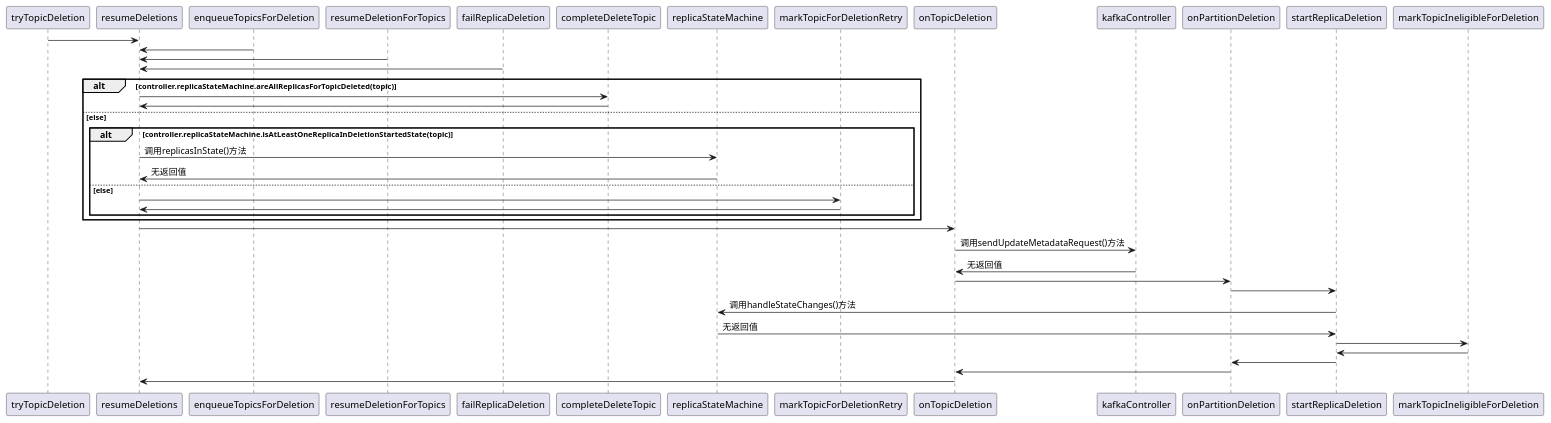
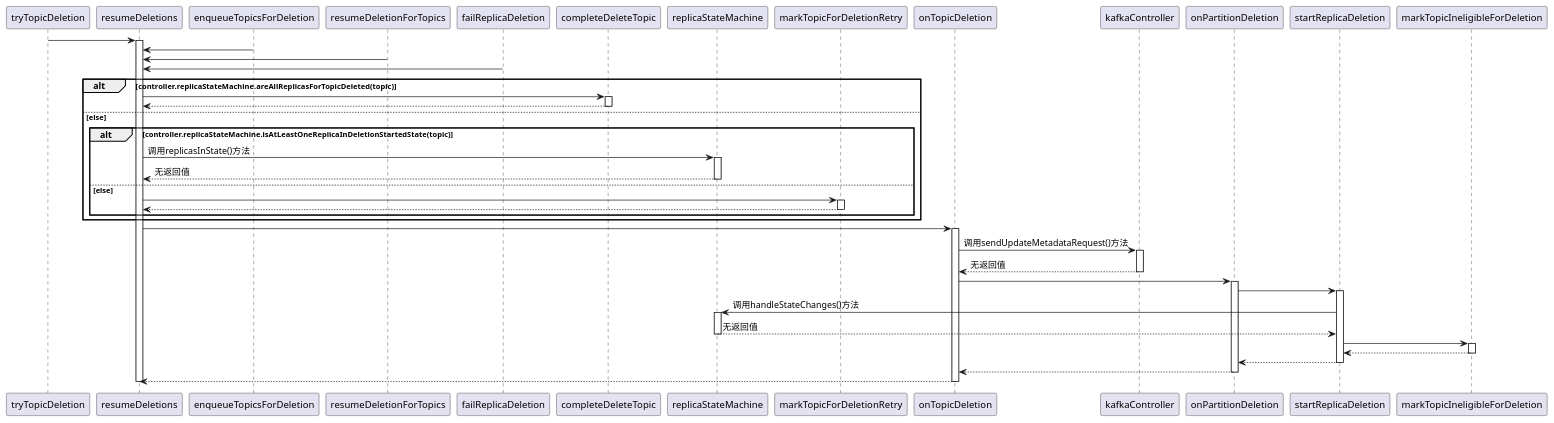
Before and after one commit to segzix/UCAS_OOPjava: the diagram in 面向对象第三次大作业/apache_kafka_puml/topicDeletionManager_time.puml, drawn with PlantUML. The commit also changed 117 other files, not shown here.

```diff
--- a/面向对象第三次大作业/apache_kafka_puml/topicDeletionManager_time.puml
+++ b/面向对象第三次大作业/apache_kafka_puml/topicDeletionManager_time.puml
@@ -1,125 +1,105 @@
 @startuml
-' actor Actor
-' autonumber
-' startup()-> initializePartitionState(): 调用updateAssignedReplicasForPartition()方法
-' initializePartitionState()-> startup():获取partitionReplicaAssignment变量
-
-' startup()-> triggerOnlinePartitionStateChange()
-' triggerOnlinePartitionStateChange()-> handleStateChanges() 
-
-' handleStateChanges()-> controllerChannelManager: 调用newBatch()方法
-' controllerChannelManager-> handleStateChanges():无返回值
-
-' handleStateChanges()-> doHandleStateChanges()
-
-' doHandleStateChanges()-> initializeLeaderAndIsrForPartitions()
-' initializeLeaderAndIsrForPartitions()-> controllerChannelManager: 调用addLeaderAndIsrRequestForBrokers()方法
-' controllerChannelManager-> initializeLeaderAndIsrForPartitions(): 无返回值
-' initializeLeaderAndIsrForPartitions()-> doHandleStateChanges()
-
-' doHandleStateChanges()-> electLeaderForPartitions()
-' electLeaderForPartitions()-> doElectLeaderForPartitions()
-
-' doElectLeaderForPartitions()-> leaderForOffline()
-' leaderForOffline()-> doElectLeaderForPartitions()
-' doElectLeaderForPartitions()-> leaderForReassign()
-' leaderForReassign()-> doElectLeaderForPartitions()
-' doElectLeaderForPartitions()-> leaderForPreferredReplica() 
-' leaderForPreferredReplica()-> doElectLeaderForPartitions()
-' doElectLeaderForPartitions()-> leaderForControlledShutdown()
-' leaderForControlledShutdown()-> doElectLeaderForPartitions() 
-
-' doElectLeaderForPartitions()-> electLeaderForPartitions() 
-' electLeaderForPartitions()-> doHandleStateChanges()
-
-' dohandleStateChanges()-> HandleStateChanges()
-
-' handleStateChanges()-> controllerChannelManager: 调用sendRequestsToBrokers()方法
-' controllerChannelManager-> handleStateChanges():无返回值
-
-' triggerOnlinePartitionStateChange()-> startup()
-' handleStateChanges()-> triggerOnlinePartitionStateChange() 
 tryTopicDeletion-> resumeDeletions
+activate resumeDeletions
 enqueueTopicsForDeletion-> resumeDeletions
 
 resumeDeletionForTopics-> resumeDeletions
 failReplicaDeletion-> resumeDeletions 
 
 alt controller.replicaStateMachine.areAllReplicasForTopicDeleted(topic)
 resumeDeletions-> completeDeleteTopic
-completeDeleteTopic-> resumeDeletions
+activate completeDeleteTopic
+completeDeleteTopic--> resumeDeletions
+deactivate completeDeleteTopic
 else else
 alt controller.replicaStateMachine.isAtLeastOneReplicaInDeletionStartedState(topic)
 resumeDeletions -> replicaStateMachine: 调用replicasInState()方法
-replicaStateMachine-> resumeDeletions: 无返回值
+activate replicaStateMachine
+replicaStateMachine--> resumeDeletions: 无返回值
+deactivate replicaStateMachine
 else else
 resumeDeletions-> markTopicForDeletionRetry
-markTopicForDeletionRetry-> resumeDeletions
+activate markTopicForDeletionRetry
+markTopicForDeletionRetry--> resumeDeletions
+deactivate markTopicForDeletionRetry
 end
 end
 
 resumeDeletions -> onTopicDeletion
+activate onTopicDeletion
 
 onTopicDeletion -> kafkaController: 调用sendUpdateMetadataRequest()方法
-kafkaController -> onTopicDeletion: 无返回值
+activate kafkaController
+kafkaController --> onTopicDeletion: 无返回值
+deactivate kafkaController
 
 onTopicDeletion -> onPartitionDeletion
+activate onPartitionDeletion
 onPartitionDeletion -> startReplicaDeletion
+activate startReplicaDeletion
 
 startReplicaDeletion -> replicaStateMachine: 调用handleStateChanges()方法
-replicaStateMachine -> startReplicaDeletion: 无返回值
+activate replicaStateMachine
+replicaStateMachine --> startReplicaDeletion: 无返回值
+deactivate replicaStateMachine
 startReplicaDeletion -> markTopicIneligibleForDeletion
-markTopicIneligibleForDeletion -> startReplicaDeletion
+activate markTopicIneligibleForDeletion
+markTopicIneligibleForDeletion --> startReplicaDeletion
+deactivate markTopicIneligibleForDeletion
 
-startReplicaDeletion -> onPartitionDeletion
-onPartitionDeletion -> onTopicDeletion
+startReplicaDeletion --> onPartitionDeletion
+deactivate startReplicaDeletion
+onPartitionDeletion --> onTopicDeletion
+deactivate onPartitionDeletion
 
-onTopicDeletion -> resumeDeletions
+onTopicDeletion --> resumeDeletions
+deactivate onTopicDeletion
+deactivate resumeDeletions
 
 
 ' handleStateChanges-> controllerChannelManager: 调用newBatch方法
 ' controllerChannelManager-> handleStateChanges:无返回值
 
 ' handleStateChanges-> doHandleStateChanges
 
 ' opt uninitializedPartitions.nonEmpty
 ' doHandleStateChanges-> initializeLeaderAndIsrForPartitions
 ' initializeLeaderAndIsrForPartitions-> controllerChannelManager: 调用addLeaderAndIsrRequestForBrokers方法
 ' controllerChannelManager-> initializeLeaderAndIsrForPartitions: 无返回值
 ' initializeLeaderAndIsrForPartitions-> doHandleStateChanges
 ' end
 
 ' opt partitionsToElectLeader.nonEmpty
 ' doHandleStateChanges-> electLeaderForPartitions
 ' electLeaderForPartitions-> doElectLeaderForPartitions
 
 ' opt partitionLeaderElectionStrategy match OfflinePartitionLeaderElectionStrategy
 ' doElectLeaderForPartitions-> leaderForOffline
 ' leaderForOffline-> doElectLeaderForPartitions
 ' end
 ' opt partitionLeaderElectionStrategy match ReassignPartitionLeaderElectionStrategy
 ' doElectLeaderForPartitions-> leaderForReassign
 ' leaderForReassign-> doElectLeaderForPartitions
 ' end
 ' opt partitionLeaderElectionStrategy match PreferredReplicaPartitionLeaderElectionStrategy
 ' doElectLeaderForPartitions-> leaderForPreferredReplica 
 ' leaderForPreferredReplica-> doElectLeaderForPartitions
 ' end
 ' opt partitionLeaderElectionStrategy match ControlledShutdownPartitionLeaderElectionStrategy
 ' doElectLeaderForPartitions-> leaderForControlledShutdown
 ' leaderForControlledShutdown-> doElectLeaderForPartitions 
 ' end
 
 ' doElectLeaderForPartitions-> electLeaderForPartitions 
 ' electLeaderForPartitions-> doHandleStateChanges
 ' end
 
 ' doHandleStateChanges-> handleStateChanges
 
 ' handleStateChanges-> controllerChannelManager: 调用sendRequestsToBrokers方法
 ' controllerChannelManager-> handleStateChanges:无返回值
 
 ' triggerOnlinePartitionStateChange-> startup
 ' handleStateChanges-> triggerOnlinePartitionStateChange 
 
 @enduml
```
